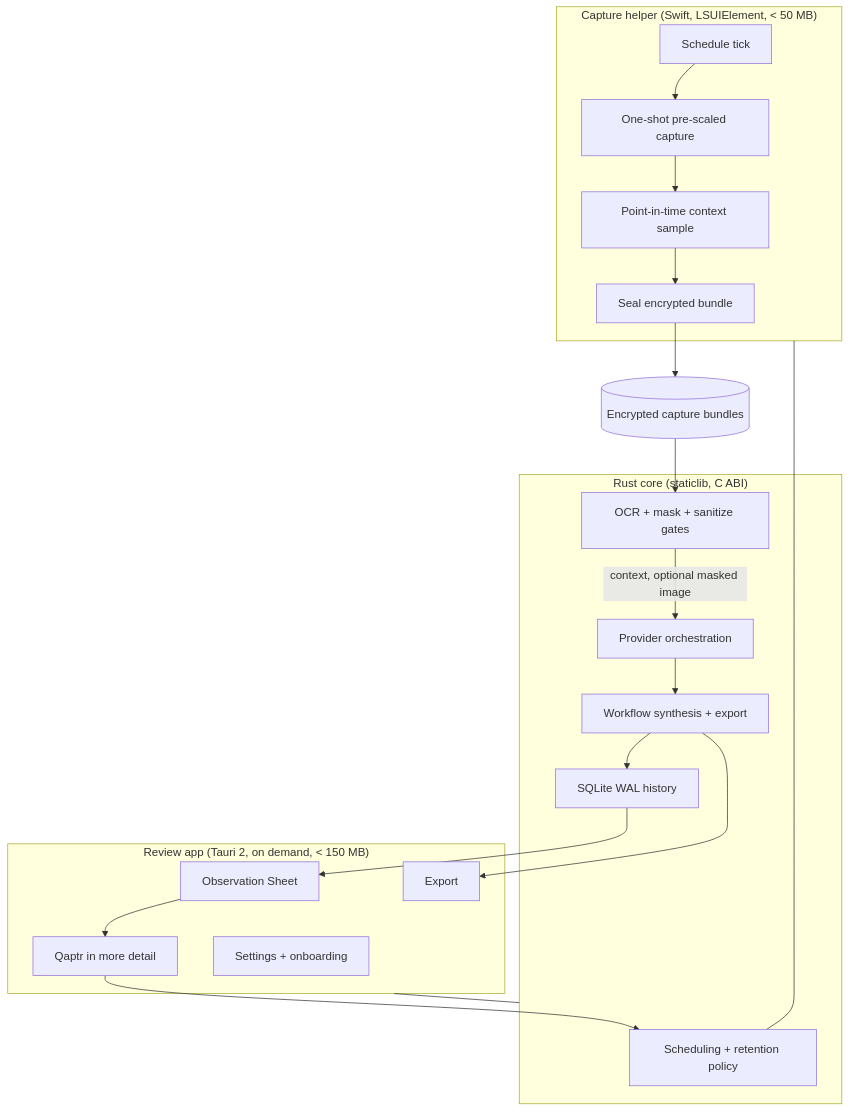
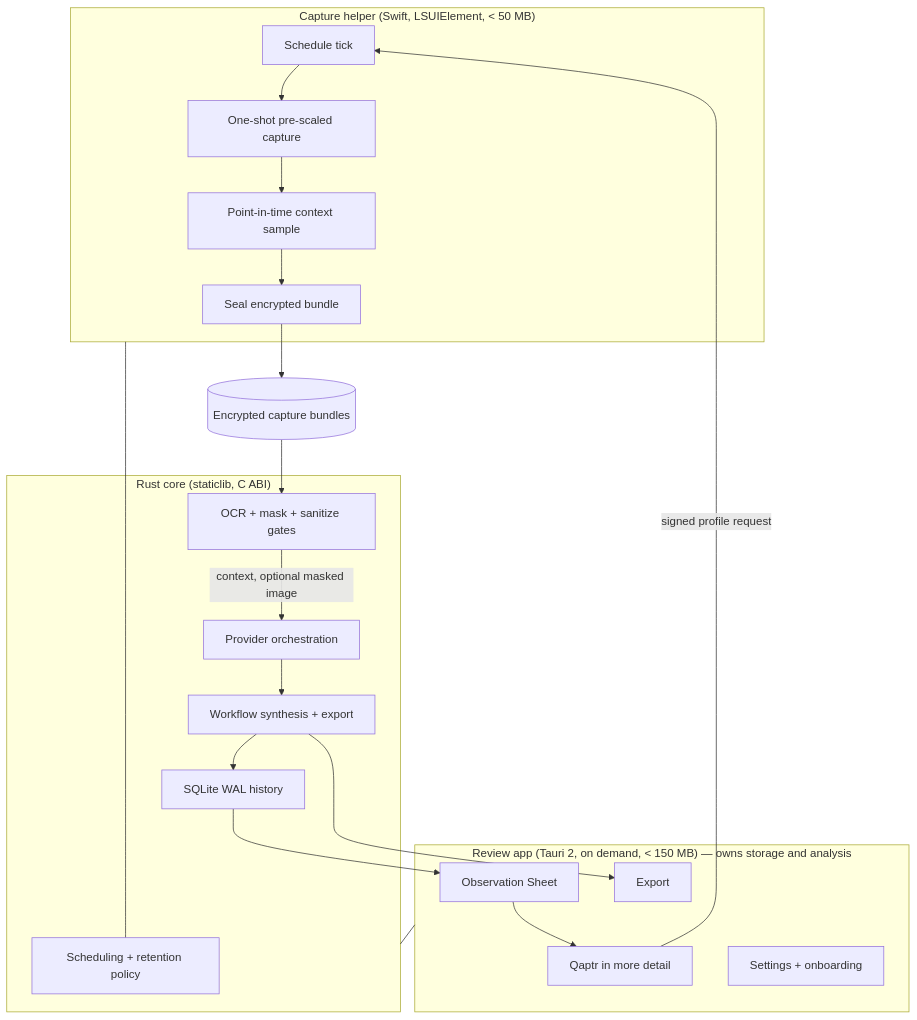
The first of 3 diagrams in docs/plans/qaptr-v1.md (tayoonabule/qaptr), drawn with Mermaid before and after one commit. The commit also changed other lines of this file, not shown here.

````diff
--- a/docs/plans/qaptr-v1.md
+++ b/docs/plans/qaptr-v1.md
@@ -190,35 +192,35 @@
 ```mermaid
 flowchart TB
   subgraph helper["Capture helper (Swift, LSUIElement, < 50 MB)"]
     sched["Schedule tick"]
     cap["One-shot pre-scaled capture"]
     ctx["Point-in-time context sample"]
     seal["Seal encrypted bundle"]
   end
 
   subgraph core["Rust core (staticlib, C ABI)"]
     policy["Scheduling + retention policy"]
     privacy["OCR + mask + sanitize gates"]
     prov["Provider orchestration"]
     wf["Workflow synthesis + export"]
     store["SQLite WAL history"]
   end
 
-  subgraph review["Review app (Tauri 2, on demand, < 150 MB)"]
+  subgraph review["Review app (Tauri 2, on demand, < 150 MB) — owns storage and analysis"]
     obs["Observation Sheet"]
     detail["Qaptr in more detail"]
     exp["Export"]
     set["Settings + onboarding"]
   end
 
   sched --> cap --> ctx --> seal
   seal --> bundles[("Encrypted capture bundles")]
   helper --- policy
   bundles --> privacy
   privacy -->|"context, optional masked image"| prov
   prov --> wf --> store
   review --- core
   store --> obs
-  obs --> detail --> policy
+  obs --> detail -->|"signed profile request"| sched
   wf --> exp
 ```
````
